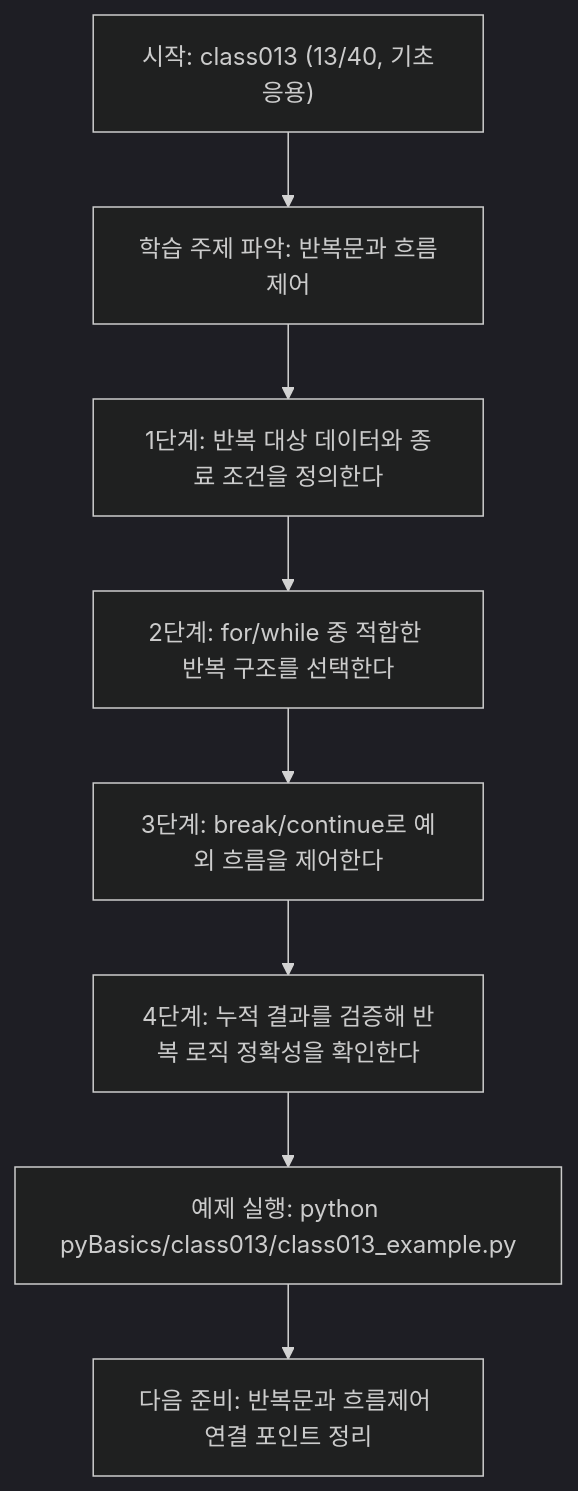
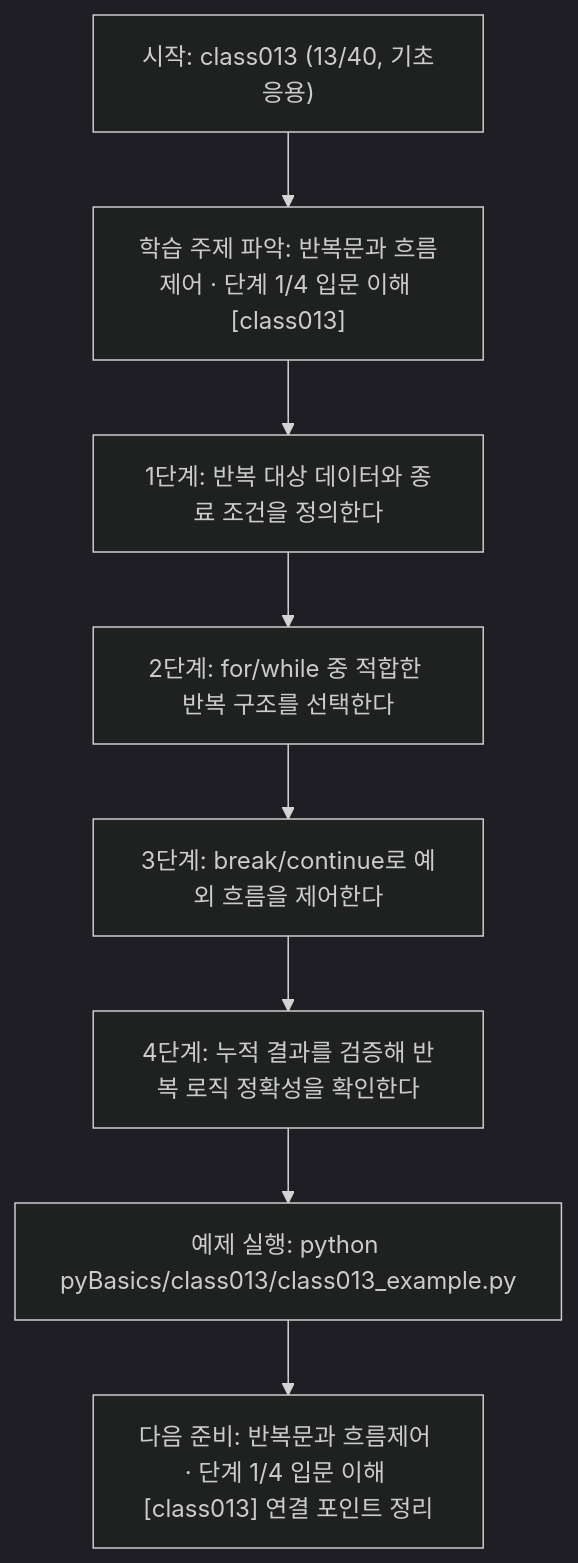
The diagram in pyBasics/class013/class013.md (edumgt/Python-AI_Agent-Class), drawn with Mermaid (dark theme) before and after one commit. The commit also changed other lines of this file and 522 other files, not shown here.

````diff
--- a/pyBasics/class013/class013.md
+++ b/pyBasics/class013/class013.md
@@ -108,18 +109,18 @@
 ```mermaid
 flowchart TD
 N1["시작: class013 (13/40, 기초응용)"]
-N2["학습 주제 파악: 반복문과 흐름제어"]
+N2["학습 주제 파악: 반복문과 흐름제어 · 단계 1/4 입문 이해 [class013]"]
 N3["1단계: 반복 대상 데이터와 종료 조건을 정의한다"]
 N4["2단계: for/while 중 적합한 반복 구조를 선택한다"]
 N5["3단계: break/continue로 예외 흐름을 제어한다"]
 N6["4단계: 누적 결과를 검증해 반복 로직 정확성을 확인한다"]
 N7["예제 실행: python pyBasics/class013/class013_example.py"]
-N8["다음 준비: 반복문과 흐름제어 연결 포인트 정리"]
+N8["다음 준비: 반복문과 흐름제어 · 단계 1/4 입문 이해 [class013] 연결 포인트 정리"]
 N1 --> N2
 N2 --> N3
 N3 --> N4
 N4 --> N5
 N5 --> N6
 N6 --> N7
 N7 --> N8
 ```
````
